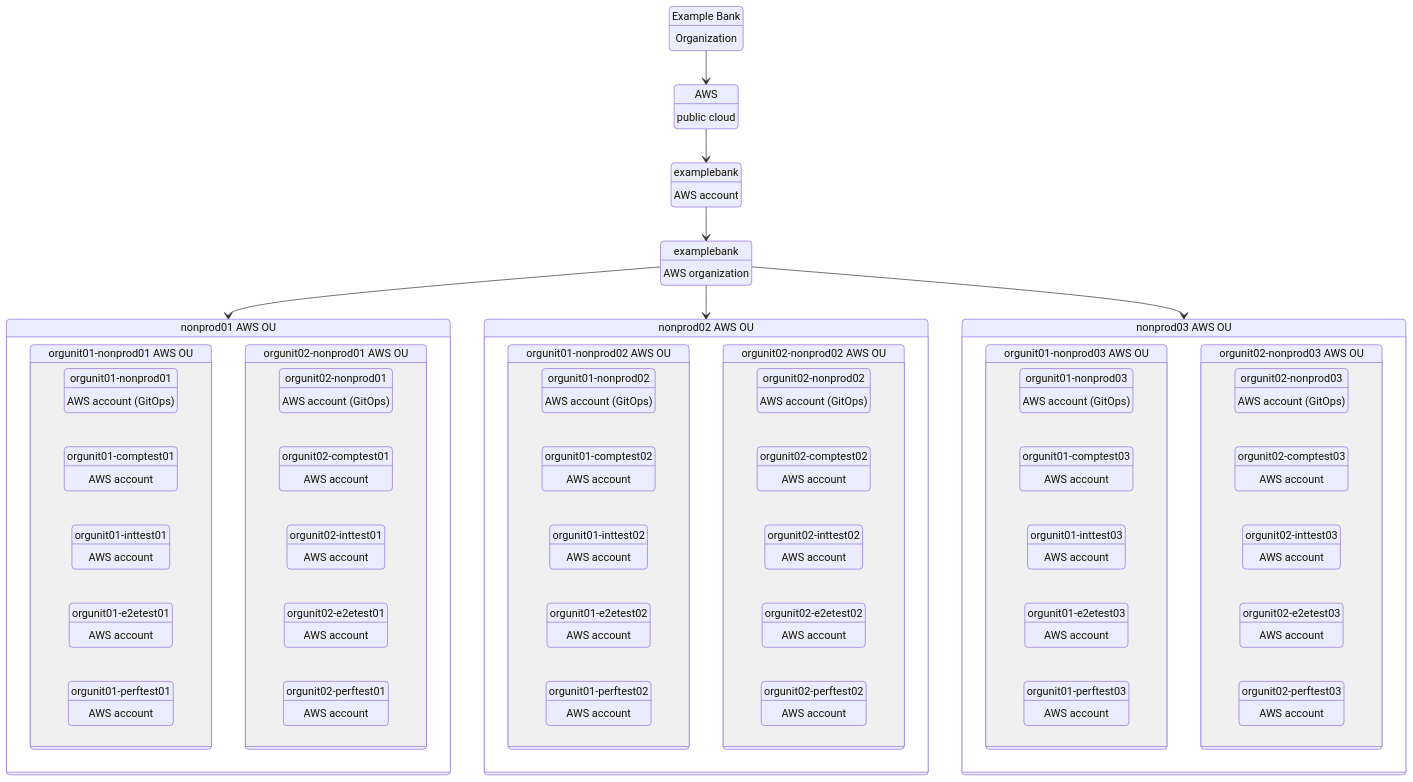
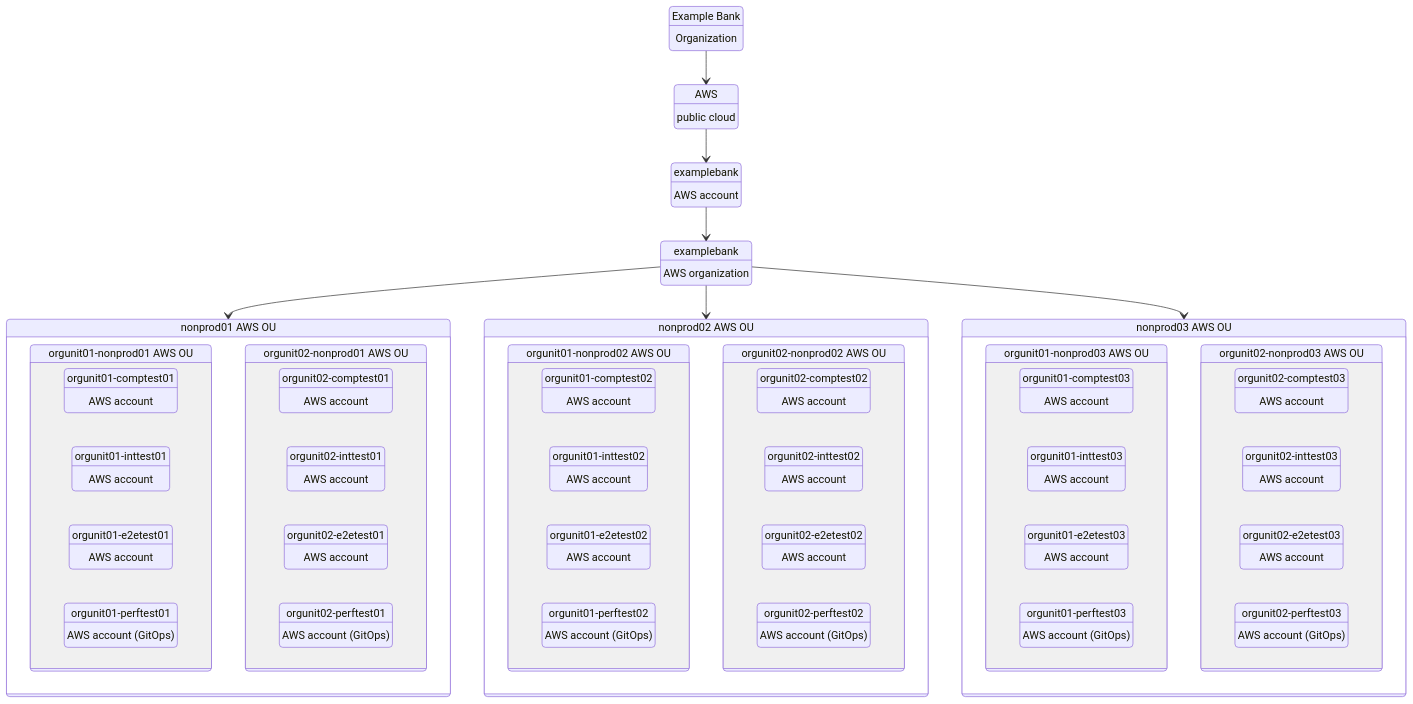
Before and after one commit to devopscodegen/architecture: the fourth of 5 diagrams in docs/pages/docs/design.md, drawn with Mermaid.

Commit message:
update design

````diff
--- a/docs/pages/docs/design.md
+++ b/docs/pages/docs/design.md
@@ -253,8 +253,6 @@
             orgunit01_nonprod01_aws_ou : orgunit01-nonprod01 AWS OU
             state orgunit01_nonprod01_aws_ou {
                 direction LR
-                orgunit01_nonprod01_aws_account : orgunit01-nonprod01
-                orgunit01_nonprod01_aws_account : AWS account (GitOps)
                 orgunit01_comptest01_aws_account : orgunit01-comptest01
                 orgunit01_comptest01_aws_account : AWS account
                 orgunit01_inttest01_aws_account : orgunit01-inttest01
@@ -262,13 +260,11 @@
                 orgunit01_e2etest01_aws_account : orgunit01-e2etest01
                 orgunit01_e2etest01_aws_account : AWS account
                 orgunit01_perftest01_aws_account : orgunit01-perftest01
-                orgunit01_perftest01_aws_account : AWS account
+                orgunit01_perftest01_aws_account : AWS account (GitOps)
             }
             orgunit02_nonprod01_aws_ou : orgunit02-nonprod01 AWS OU
             state orgunit02_nonprod01_aws_ou {
                 direction LR
-                orgunit02_nonprod01_aws_account : orgunit02-nonprod01
-                orgunit02_nonprod01_aws_account : AWS account (GitOps)
                 orgunit02_comptest01_aws_account : orgunit02-comptest01
                 orgunit02_comptest01_aws_account : AWS account
                 orgunit02_inttest01_aws_account : orgunit02-inttest01
@@ -276,7 +272,7 @@
                 orgunit02_e2etest01_aws_account : orgunit02-e2etest01
                 orgunit02_e2etest01_aws_account : AWS account
                 orgunit02_perftest01_aws_account : orgunit02-perftest01
-                orgunit02_perftest01_aws_account : AWS account
+                orgunit02_perftest01_aws_account : AWS account (GitOps)
             }
         }
         nonprod02_aws_ou : nonprod02 AWS OU
@@ -285,8 +281,6 @@
             orgunit01_nonprod02_aws_ou : orgunit01-nonprod02 AWS OU
             state orgunit01_nonprod02_aws_ou {
                 direction LR
-                orgunit01_nonprod02_aws_account : orgunit01-nonprod02
-                orgunit01_nonprod02_aws_account : AWS account (GitOps)
                 orgunit01_comptest02_aws_account : orgunit01-comptest02
                 orgunit01_comptest02_aws_account : AWS account
                 orgunit01_inttest02_aws_account : orgunit01-inttest02
@@ -294,13 +288,11 @@
                 orgunit01_e2etest02_aws_account : orgunit01-e2etest02
                 orgunit01_e2etest02_aws_account : AWS account
                 orgunit01_perftest02_aws_account : orgunit01-perftest02
-                orgunit01_perftest02_aws_account : AWS account
+                orgunit01_perftest02_aws_account : AWS account (GitOps)
             }
             orgunit02_nonprod02_aws_ou : orgunit02-nonprod02 AWS OU
             state orgunit02_nonprod02_aws_ou {
                 direction LR
-                orgunit02_nonprod02_aws_account : orgunit02-nonprod02
-                orgunit02_nonprod02_aws_account : AWS account (GitOps)
                 orgunit02_comptest02_aws_account : orgunit02-comptest02
                 orgunit02_comptest02_aws_account : AWS account
                 orgunit02_inttest02_aws_account : orgunit02-inttest02
@@ -308,7 +300,7 @@
                 orgunit02_e2etest02_aws_account : orgunit02-e2etest02
                 orgunit02_e2etest02_aws_account : AWS account
                 orgunit02_perftest02_aws_account : orgunit02-perftest02
-                orgunit02_perftest02_aws_account : AWS account
+                orgunit02_perftest02_aws_account : AWS account (GitOps)
             }
         }
         nonprod03_aws_ou : nonprod03 AWS OU
@@ -317,8 +309,6 @@
             orgunit01_nonprod03_aws_ou : orgunit01-nonprod03 AWS OU
             state orgunit01_nonprod03_aws_ou {
                 direction LR
-                orgunit01_nonprod03_aws_account : orgunit01-nonprod03
-                orgunit01_nonprod03_aws_account : AWS account (GitOps)
                 orgunit01_comptest03_aws_account : orgunit01-comptest03
                 orgunit01_comptest03_aws_account : AWS account
                 orgunit01_inttest03_aws_account : orgunit01-inttest03
@@ -326,13 +316,11 @@
                 orgunit01_e2etest03_aws_account : orgunit01-e2etest03
                 orgunit01_e2etest03_aws_account : AWS account
                 orgunit01_perftest03_aws_account : orgunit01-perftest03
-                orgunit01_perftest03_aws_account : AWS account
+                orgunit01_perftest03_aws_account : AWS account (GitOps)
             }
             orgunit02_nonprod03_aws_ou : orgunit02-nonprod03 AWS OU
             state orgunit02_nonprod03_aws_ou {
                 direction LR
-                orgunit02_nonprod03_aws_account : orgunit02-nonprod03
-                orgunit02_nonprod03_aws_account : AWS account (GitOps)
                 orgunit02_comptest03_aws_account : orgunit02-comptest03
                 orgunit02_comptest03_aws_account : AWS account
                 orgunit02_inttest03_aws_account : orgunit02-inttest03
@@ -340,7 +328,7 @@
                 orgunit02_e2etest03_aws_account : orgunit02-e2etest03
                 orgunit02_e2etest03_aws_account : AWS account
                 orgunit02_perftest03_aws_account : orgunit02-perftest03
-                orgunit02_perftest03_aws_account : AWS account
+                orgunit02_perftest03_aws_account : AWS account (GitOps)
             }
         }
 ```
````
